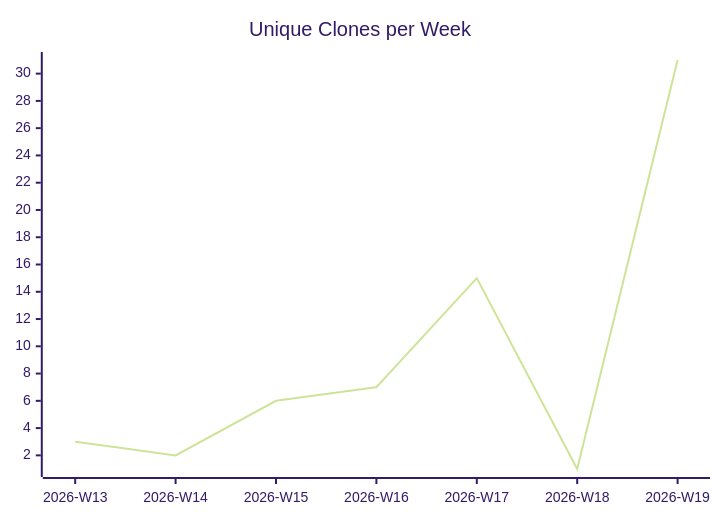
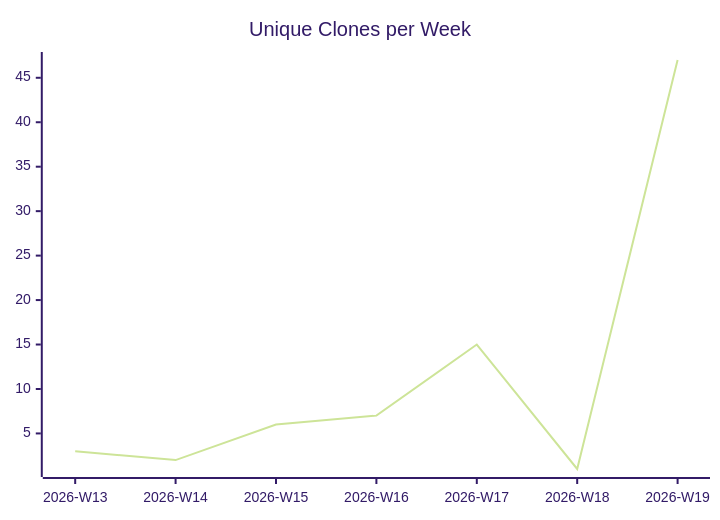
One commit to justdavis-family/github-analytics-data changed the third of 3 diagrams in karlmdavis/justdavis-ansible/README.md. Above: the diagram before and after it, drawn with Mermaid (forest theme). The commit also changed other lines of this file and 172 other files, not shown here.

````diff
--- a/karlmdavis/justdavis-ansible/README.md
+++ b/karlmdavis/justdavis-ansible/README.md
@@ -19,6 +19,6 @@
 ```mermaid
 xychart-beta
   title "Unique Clones per Week"
   x-axis ["2026-W13", "2026-W14", "2026-W15", "2026-W16", "2026-W17", "2026-W18", "2026-W19"]
-  line [3, 2, 6, 7, 15, 1, 31]
+  line [3, 2, 6, 7, 15, 1, 47]
 ```
````
